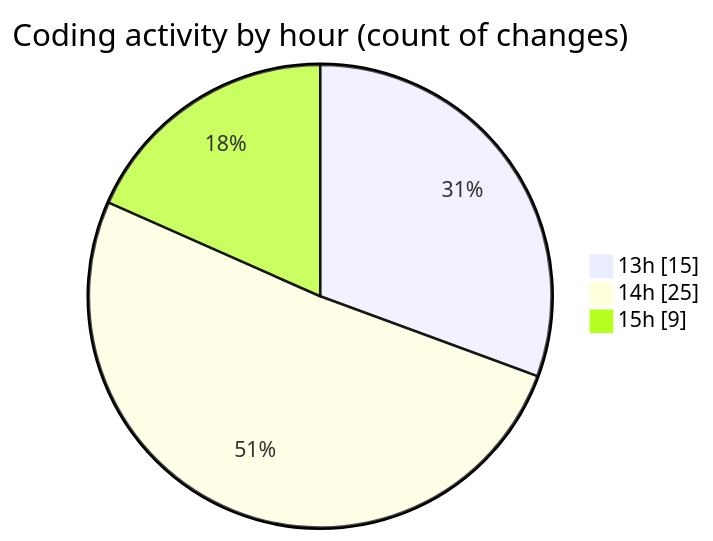
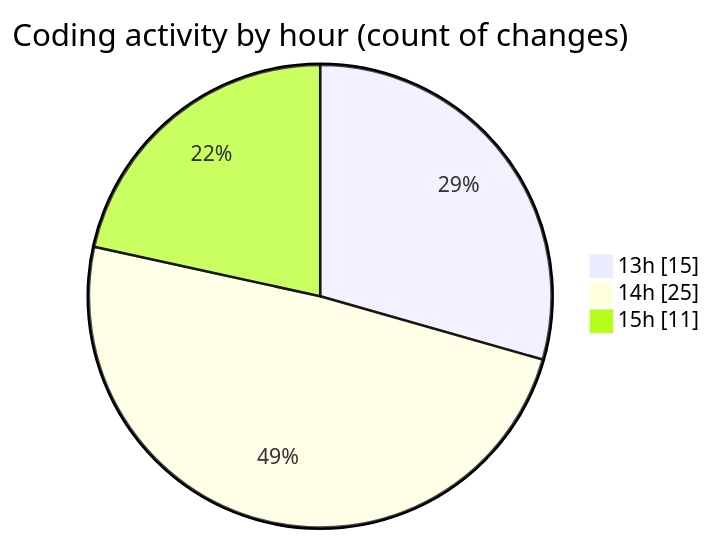
One commit to momahboobian/code-tracking changed the second of 2 diagrams in 2025-09-17/cda/README.md. Above: the diagram before and after it, drawn with Mermaid. The commit also changed other lines of this file and 1 other file, not shown here.

````diff
--- a/2025-09-17/cda/README.md
+++ b/2025-09-17/cda/README.md
@@ -34,7 +35,7 @@
 ```mermaid
 pie showData
 title Coding activity by hour (count of changes)
 "13h" : 15
 "14h" : 25
-"15h" : 9
+"15h" : 11
 ```
````
